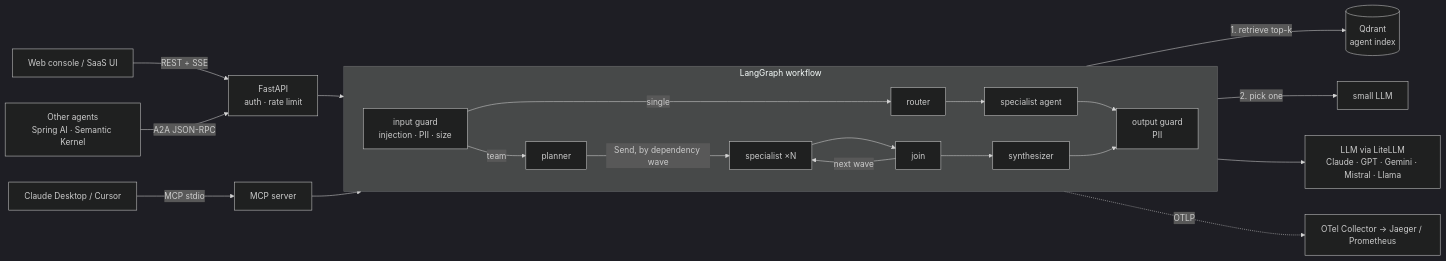
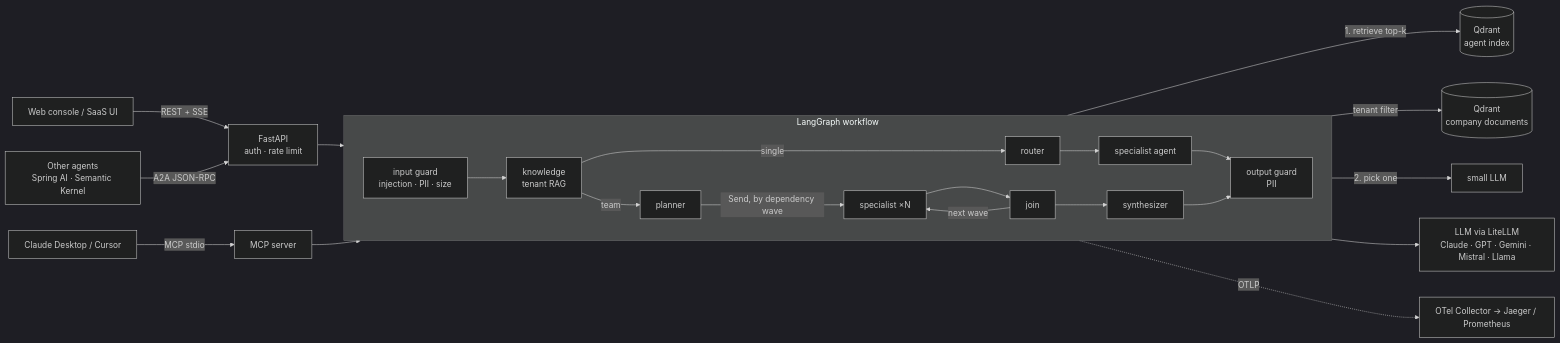
One commit to tatymarisol44-cmyk/Tatos changed the diagram in README.md. Above: the diagram before and after it, drawn with Mermaid (dark theme). The commit also changed other lines of this file and 16 other files, not shown here.

First line of the commit message:
feat: per-tenant company knowledge base (RAG) with citations

````diff
--- a/README.md
+++ b/README.md
@@ -7,22 +7,24 @@
 ```mermaid
 flowchart LR
     C[Web console / SaaS UI] -->|REST + SSE| API
     X[Other agents<br/>Spring AI · Semantic Kernel] -->|A2A JSON-RPC| API
     M[Claude Desktop / Cursor] -->|MCP stdio| MCP[MCP server]
     subgraph Orchestrator [LangGraph workflow]
       direction LR
-      G1[input guard<br/>injection · PII · size] -->|single| R[router]
+      G1[input guard<br/>injection · PII · size] --> K[knowledge<br/>tenant RAG]
+      K -->|single| R[router]
       R --> S[specialist agent]
       S --> G2[output guard<br/>PII]
-      G1 -->|team| P[planner]
+      K -->|team| P[planner]
       P -->|Send, by dependency wave| W[specialist ×N]
       W --> J[join] -->|next wave| W
       J --> Y[synthesizer] --> G2
     end
     API[FastAPI<br/>auth · rate limit] --> G1
     MCP --> G1
     R -->|1. retrieve top-k| V[(Qdrant<br/>agent index)]
+    K -->|tenant filter| D[(Qdrant<br/>company documents)]
     R -->|2. pick one| L1[small LLM]
     S --> L2[LLM via LiteLLM<br/>Claude · GPT · Gemini · Mistral · Llama]
     Orchestrator -.OTLP.-> O[OTel Collector → Jaeger / Prometheus]
 ```
````
